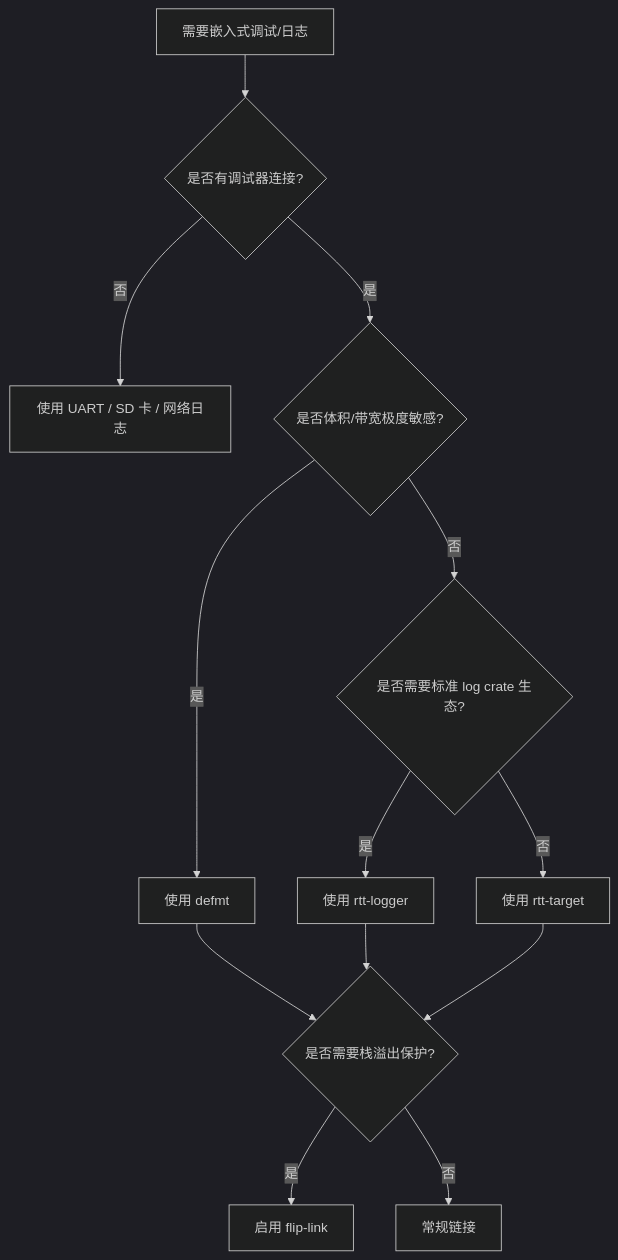
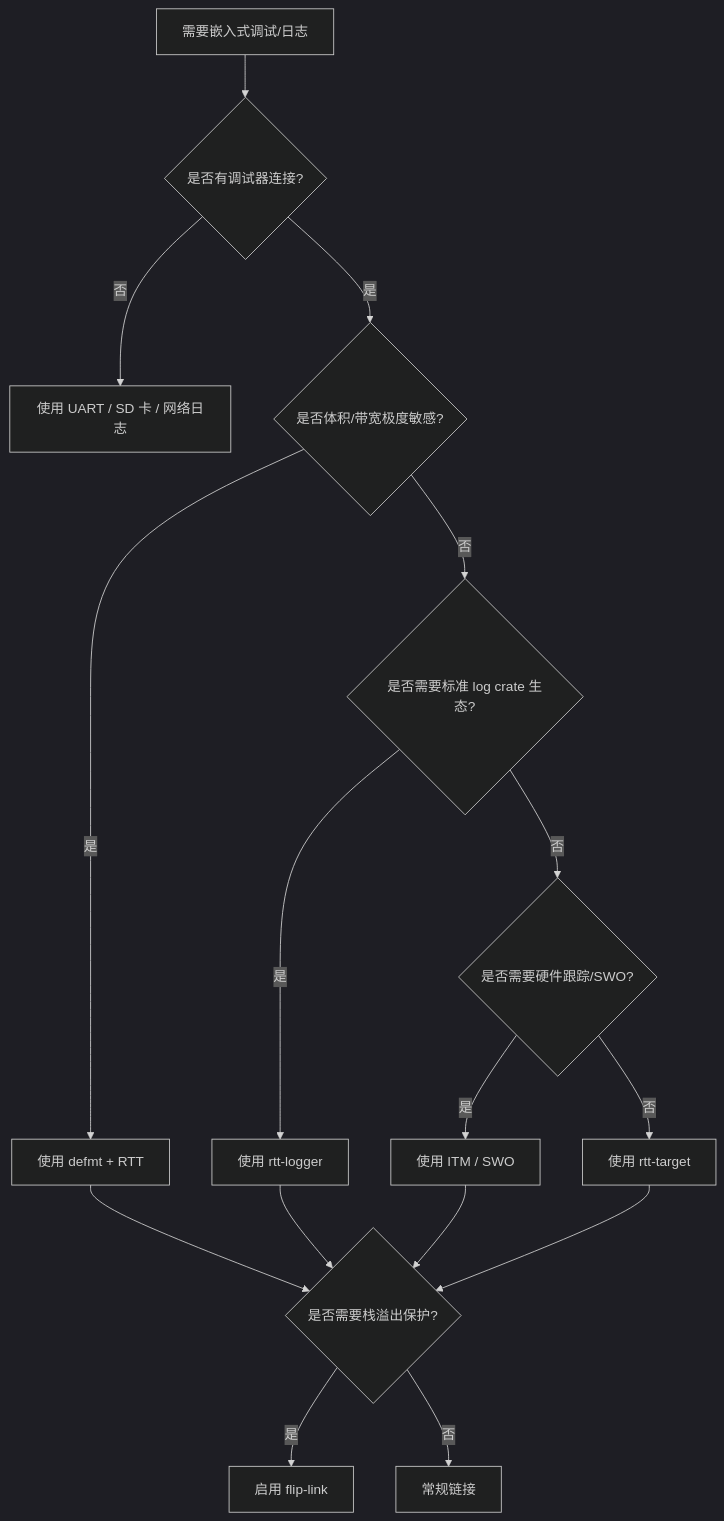
Before and after one commit to martin-ly/rust-lang: the second of 3 diagrams in concept/06_ecosystem/05_systems_and_embedded/36_defmt_probe_rs_architecture.md, drawn with Mermaid (dark theme). The commit also changed other lines of this file and 91 other files, not shown here.

````diff
--- a/concept/06_ecosystem/05_systems_and_embedded/36_defmt_probe_rs_architecture.md
+++ b/concept/06_ecosystem/05_systems_and_embedded/36_defmt_probe_rs_architecture.md
@@ -486,15 +578,18 @@
 ```mermaid
 graph TD
     A[需要嵌入式调试/日志] --> B{是否有调试器连接?}
     B -->|否| C[使用 UART / SD 卡 / 网络日志]
     B -->|是| D{是否体积/带宽极度敏感?}
-    D -->|是| E[使用 defmt]
+    D -->|是| E[使用 defmt + RTT]
     D -->|否| F{是否需要标准 log crate 生态?}
     F -->|是| G[使用 rtt-logger]
-    F -->|否| H[使用 rtt-target]
-    E --> I{是否需要栈溢出保护?}
-    G --> I
-    H --> I
-    I -->|是| J[启用 flip-link]
-    I -->|否| K[常规链接]
+    F -->|否| H{是否需要硬件跟踪/SWO?}
+    H -->|是| I[使用 ITM / SWO]
+    H -->|否| J[使用 rtt-target]
+    E --> K{是否需要栈溢出保护?}
+    G --> K
+    I --> K
+    J --> K
+    K -->|是| L[启用 flip-link]
+    K -->|否| M[常规链接]
 ```
````
